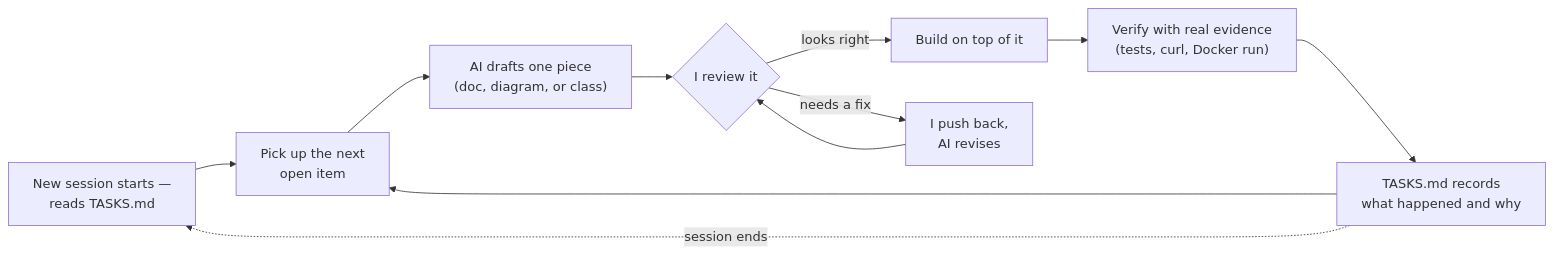
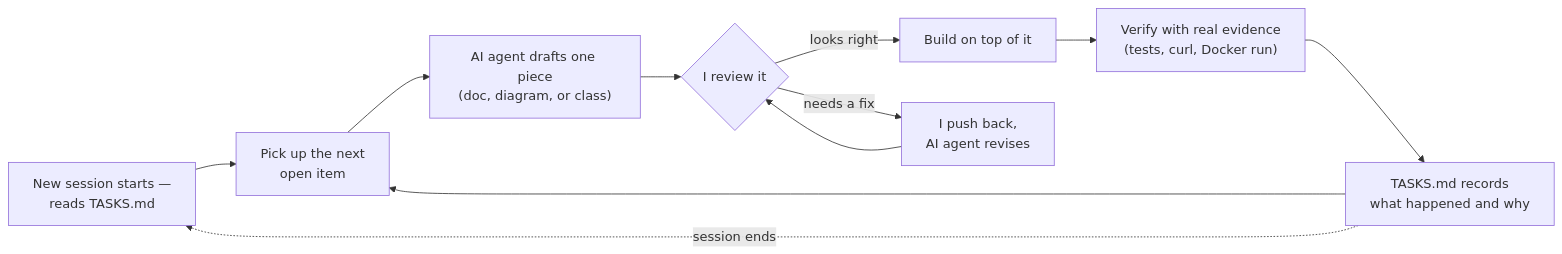
One commit to wesilios/unified-service-scheduler changed the diagram in README.md. Above: the diagram before and after it, drawn with Mermaid. The commit also changed other lines of this file and 3 other files, not shown here.

````diff
--- a/README.md
+++ b/README.md
@@ -479,13 +480,13 @@
 ```mermaid
 flowchart LR
     S["New session starts —<br/>reads TASKS.md"] --> A["Pick up the next<br/>open item"]
-    A --> B["AI drafts one piece<br/>(doc, diagram, or class)"]
+    A --> B["AI agent drafts one piece<br/>(doc, diagram, or class)"]
     B --> C{"I review it"}
     C -- " looks right " --> D["Build on top of it"]
-    C -- " needs a fix " --> E["I push back,<br/>AI revises"]
+    C -- " needs a fix " --> E["I push back,<br/>AI agent revises"]
     E --> C
     D --> F["Verify with real evidence<br/>(tests, curl, Docker run)"]
     F --> G["TASKS.md records<br/>what happened and why"]
     G --> A
     G -. " session ends " .-> S
 ```
````
